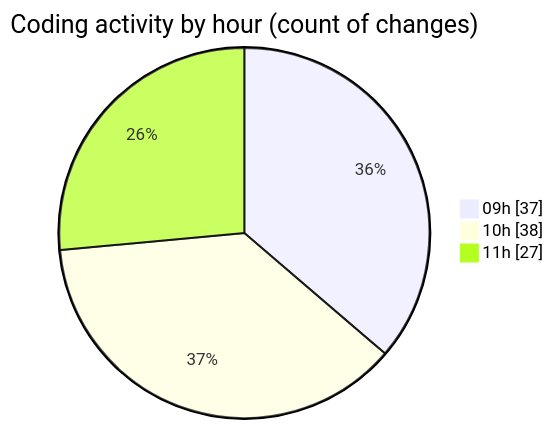
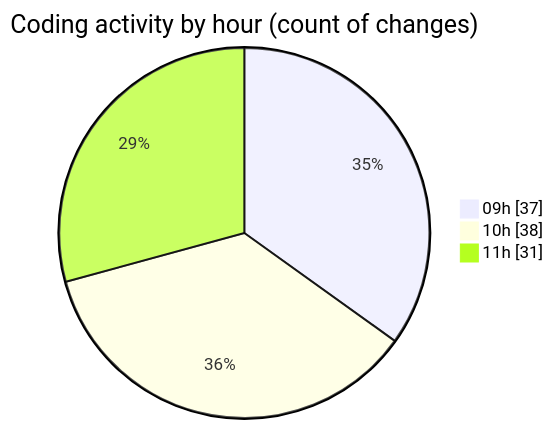
The second of 2 diagrams in 2025-02-12/cda/README.md (momahboobian/code-tracking), drawn with Mermaid before and after one commit. The commit also changed other lines of this file and 1 other file, not shown here.

````diff
--- a/2025-02-12/cda/README.md
+++ b/2025-02-12/cda/README.md
@@ -32,7 +32,7 @@
 ```mermaid
 pie showData
 title Coding activity by hour (count of changes)
 "09h" : 37
 "10h" : 38
-"11h" : 27
+"11h" : 31
 ```
````
